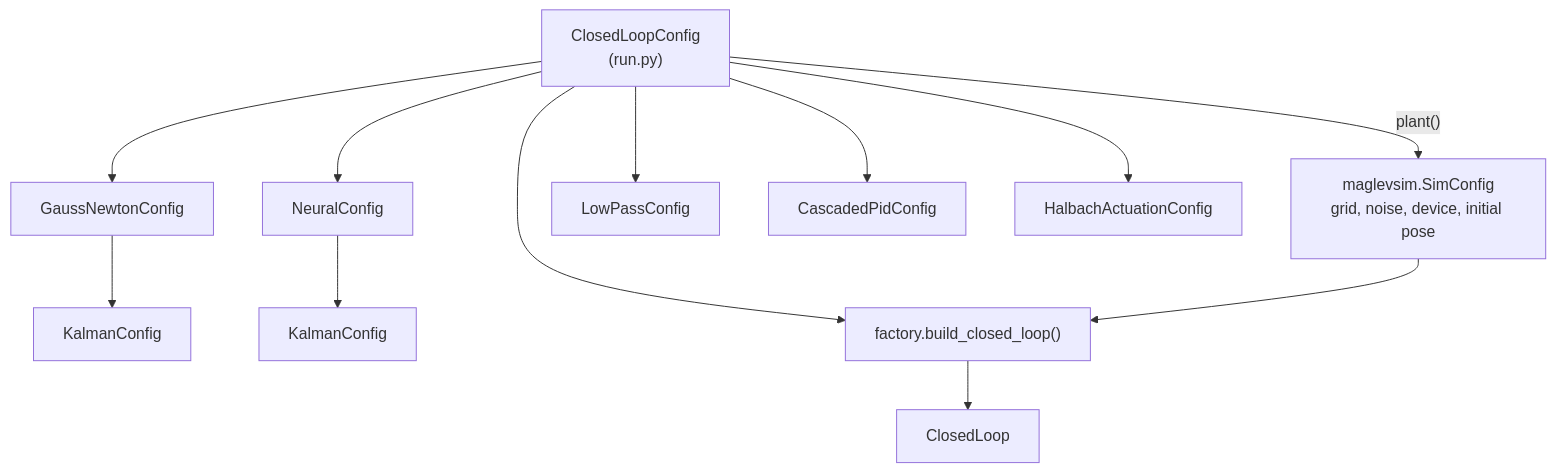
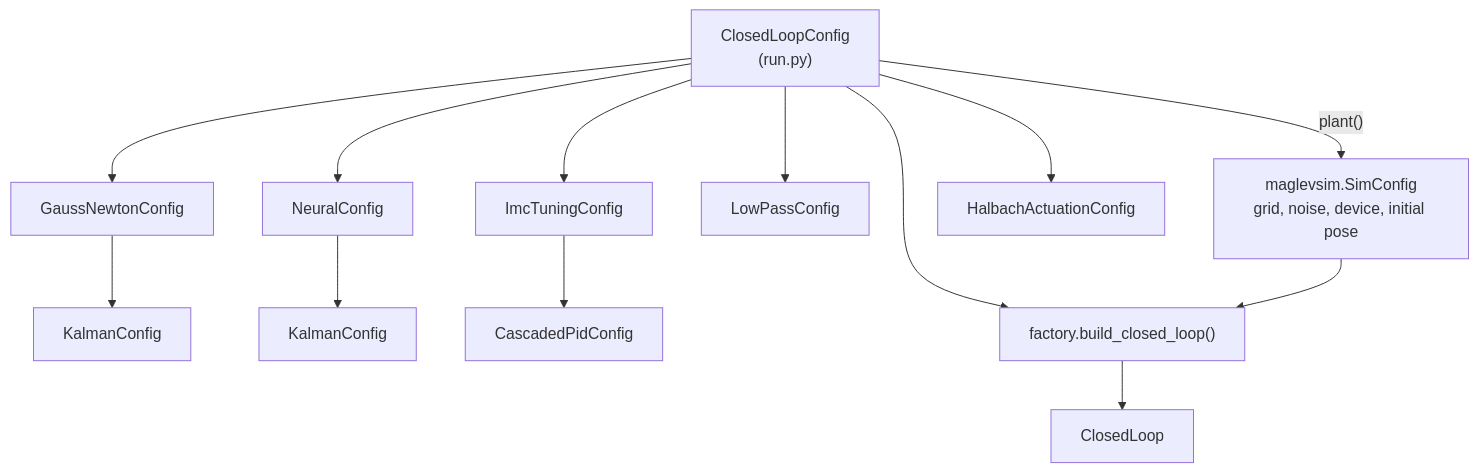
The fifth of 5 diagrams in docs/architecture.md (Verschnupft/MagLevClosedLoop), drawn with Mermaid before and after one commit. The commit also changed other lines of this file and 6 other files, not shown here.

````diff
--- a/docs/architecture.md
+++ b/docs/architecture.md
@@ -219,16 +236,16 @@
 ```mermaid
 flowchart TD
   CFG["ClosedLoopConfig<br/>(run.py)"]
   CFG -- "plant()" --> PLANT["maglevsim.SimConfig<br/>grid, noise, device, initial pose"]
   CFG --> GN[GaussNewtonConfig]
   CFG --> NC[NeuralConfig]
   GN --> KF1[KalmanConfig]
   NC --> KF2[KalmanConfig]
   CFG --> LP[LowPassConfig]
-  CFG --> PID[CascadedPidConfig]
+  CFG --> IMC[ImcTuningConfig] --> PID[CascadedPidConfig]
   CFG --> HAL[HalbachActuationConfig]
   FAC["factory.build_closed_loop()"]
   CFG --> FAC
   PLANT --> FAC
   FAC --> LOOP[ClosedLoop]
 ```
````
